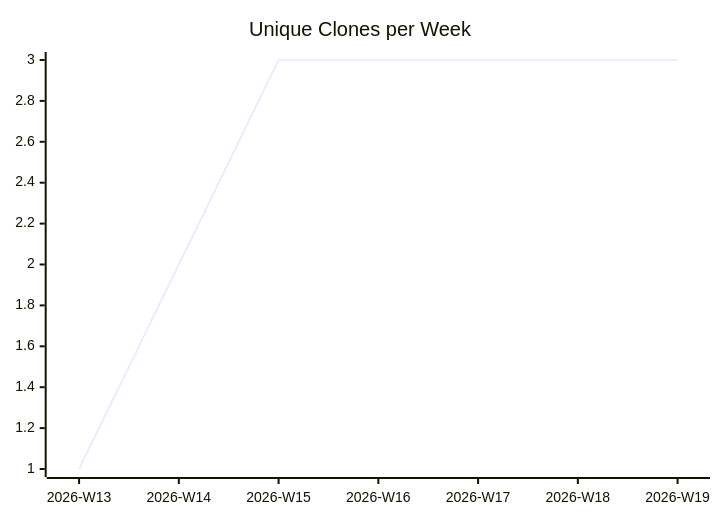
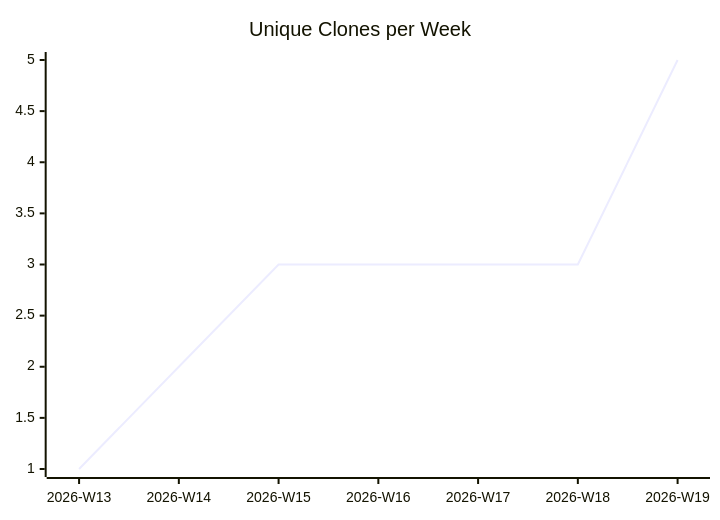
Before and after one commit to justdavis-family/github-analytics-data: the third of 3 diagrams in karlmdavis/xmlpull/README.md, drawn with Mermaid. The commit also changed other lines of this file and 192 other files, not shown here.

````diff
--- a/karlmdavis/xmlpull/README.md
+++ b/karlmdavis/xmlpull/README.md
@@ -19,6 +19,6 @@
 ```mermaid
 xychart-beta
   title "Unique Clones per Week"
   x-axis ["2026-W13", "2026-W14", "2026-W15", "2026-W16", "2026-W17", "2026-W18", "2026-W19"]
-  line [1, 2, 3, 3, 3, 3, 3]
+  line [1, 2, 3, 3, 3, 3, 5]
 ```
````
